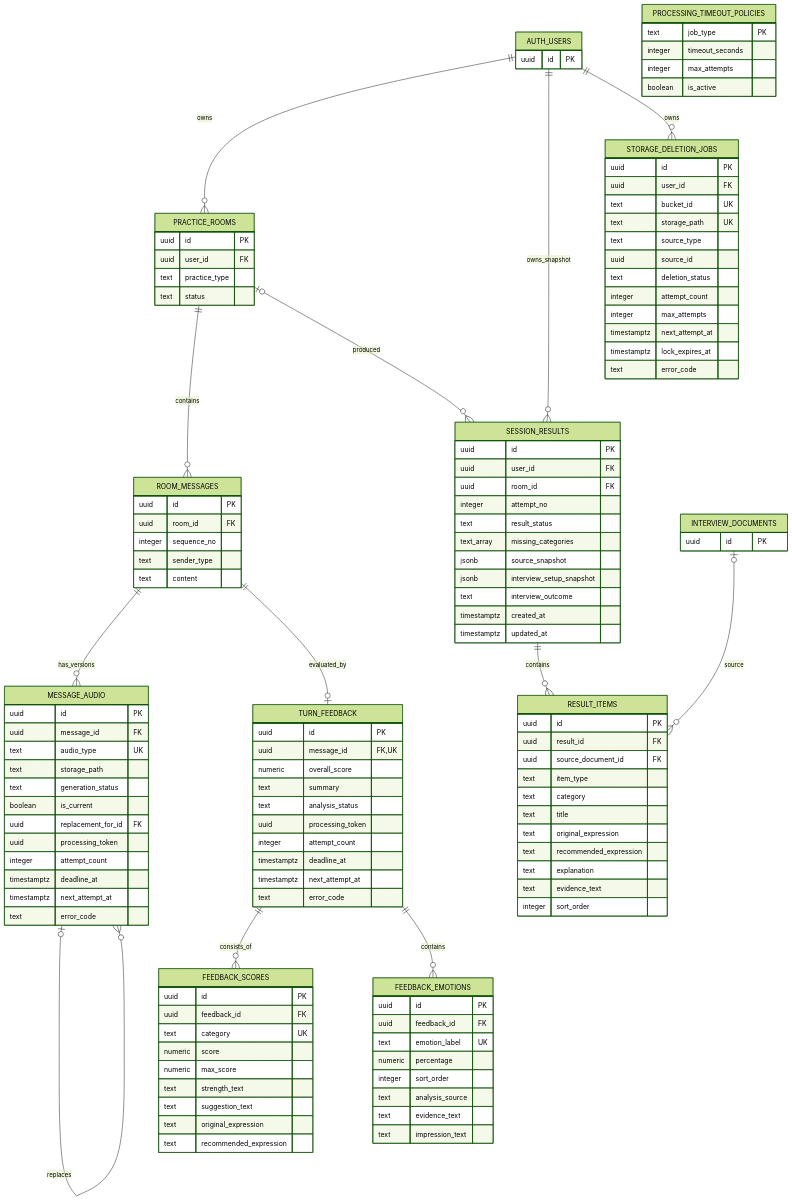
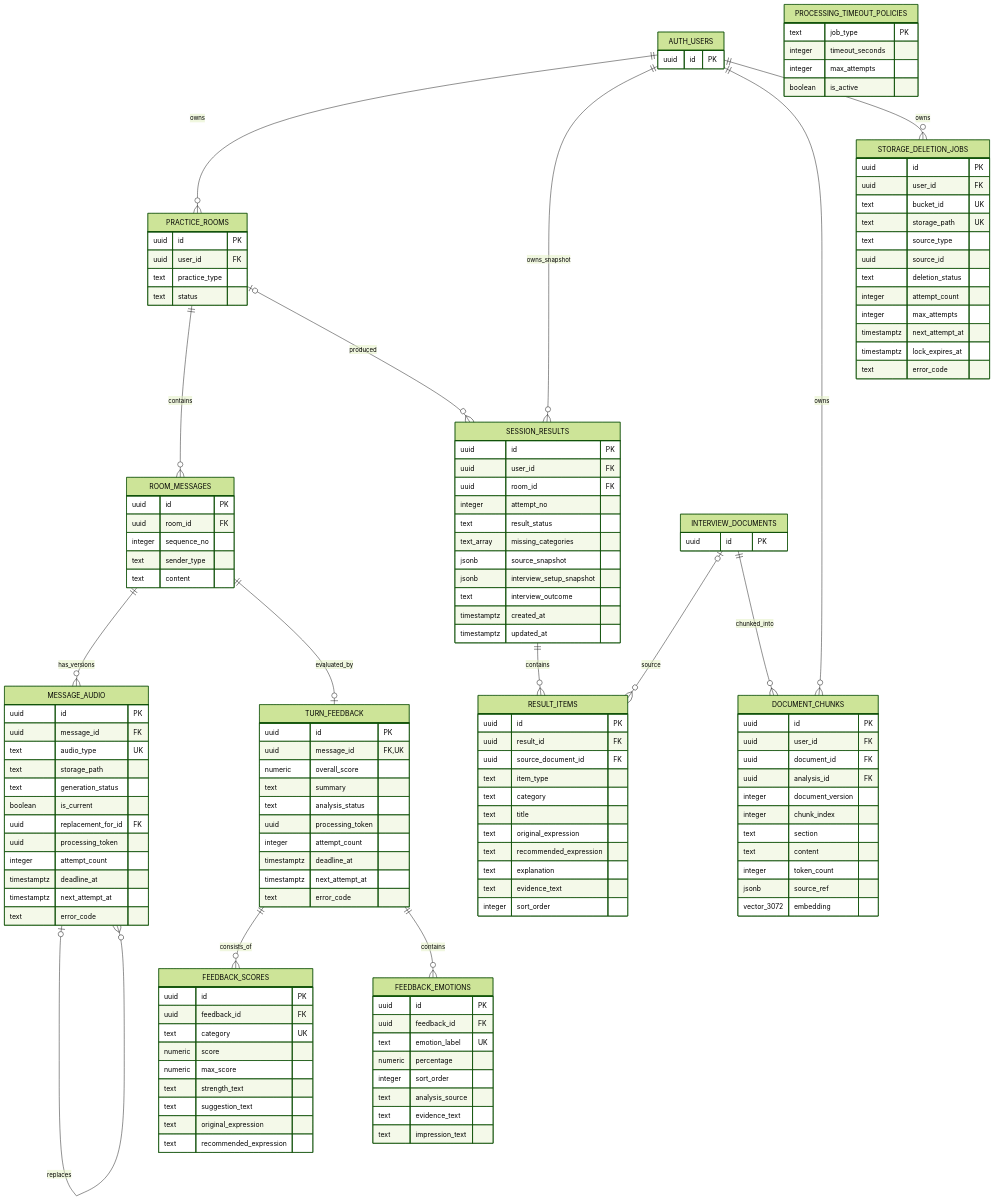
One commit to K-manner-speech/k-manner-speech-advanced-api changed the second of 5 diagrams in docs/ERD.md. Above: the diagram before and after it, drawn with Mermaid (forest theme). The commit also changed other lines of this file and 3 other files, not shown here.

````diff
--- a/docs/ERD.md
+++ b/docs/ERD.md
@@ -310,6 +310,20 @@
         uuid id PK
     }
 
+    DOCUMENT_CHUNKS {
+        uuid id PK
+        uuid user_id FK
+        uuid document_id FK
+        uuid analysis_id FK
+        integer document_version
+        integer chunk_index
+        text section
+        text content
+        integer token_count
+        jsonb source_ref
+        vector_3072 embedding
+    }
+
     STORAGE_DELETION_JOBS {
         uuid id PK
         uuid user_id FK
@@ -343,5 +357,7 @@
     PRACTICE_ROOMS o|--o{ SESSION_RESULTS : produced
     SESSION_RESULTS ||--o{ RESULT_ITEMS : contains
     INTERVIEW_DOCUMENTS o|--o{ RESULT_ITEMS : source
+    AUTH_USERS ||--o{ DOCUMENT_CHUNKS : owns
+    INTERVIEW_DOCUMENTS ||--o{ DOCUMENT_CHUNKS : chunked_into
     AUTH_USERS ||--o{ STORAGE_DELETION_JOBS : owns
 ```
````
